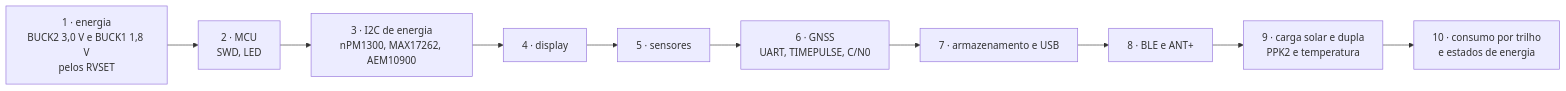
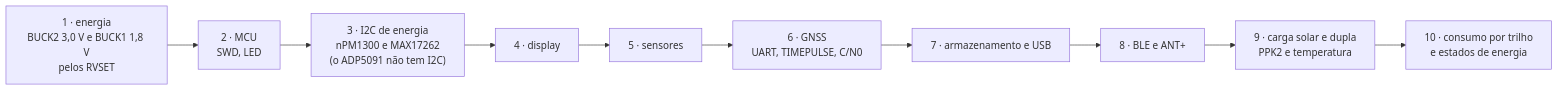
One commit to Guiimartinho/gnss-bike-computer changed the third of 3 diagrams in docs/14-hardware-placa-nova.md. Above: the diagram before and after it, drawn with Mermaid. The commit also changed other lines of this file and 63 other files, not shown here.

````diff
--- a/docs/14-hardware-placa-nova.md
+++ b/docs/14-hardware-placa-nova.md
@@ -355,12 +378,12 @@
 ```mermaid
 flowchart LR
     A["1 · energia<br/>BUCK2 3,0 V e BUCK1 1,8 V<br/>pelos RVSET"] --> B["2 · MCU<br/>SWD, LED"]
-    B --> C["3 · I2C de energia<br/>nPM1300, MAX17262, AEM10900"]
+    B --> C["3 · I2C de energia<br/>nPM1300 e MAX17262<br/>(o ADP5091 não tem I2C)"]
     C --> D["4 · display"]
     D --> E["5 · sensores"]
     E --> F["6 · GNSS<br/>UART, TIMEPULSE, C/N0"]
     F --> G["7 · armazenamento e USB"]
     G --> H["8 · BLE e ANT+"]
     H --> I["9 · carga solar e dupla<br/>PPK2 e temperatura"]
     I --> J["10 · consumo por trilho<br/>e estados de energia"]
 ```
````
